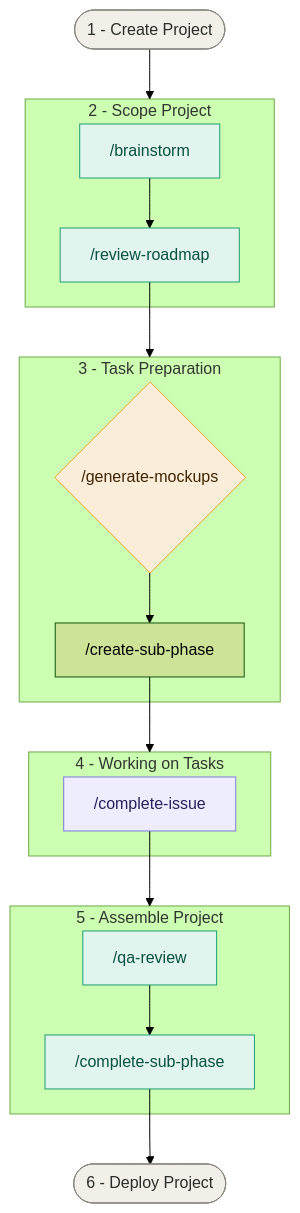
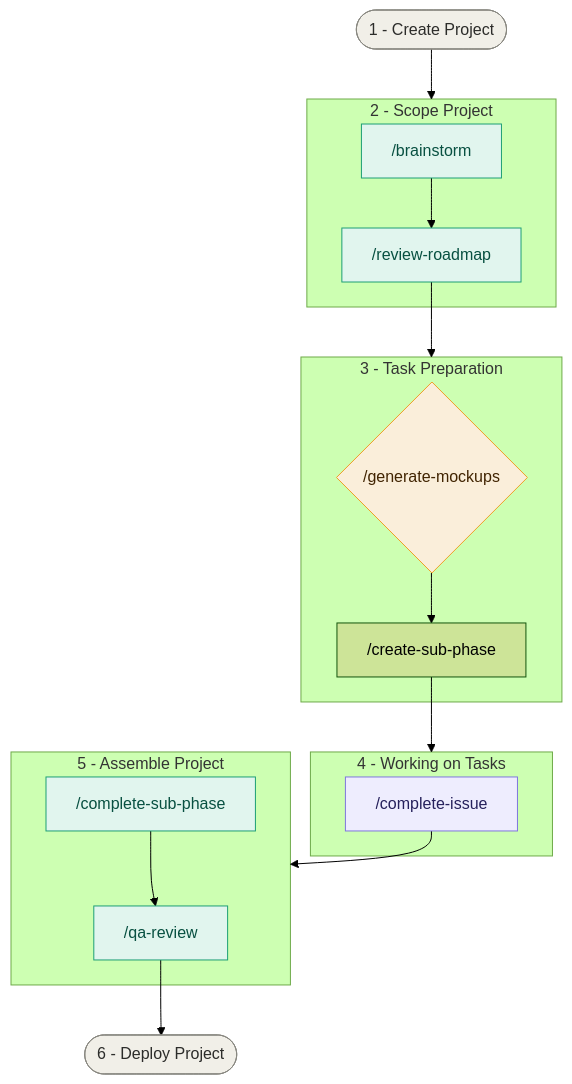
Before and after one commit to kheise-91/lottery-codex: the diagram in docs/guides/development-workflow.md, drawn with Mermaid (forest theme). The commit also changed other lines of this file and 15 other files, not shown here.

````diff
--- a/docs/guides/development-workflow.md
+++ b/docs/guides/development-workflow.md
@@ -64,43 +65,43 @@
 ```mermaid
 flowchart TD
     Start([1 - Create Project])
     End([6 - Deploy Project])
 
     subgraph SCOPE_PROJECT["2 - Scope Project"]
         S1["/brainstorm"]
         S2["/review-roadmap"]
     end
 
     subgraph SCOPE_TASKS["3 - Task Preparation"]
         C1{"/generate-mockups"}
         TC1["/create-sub-phase"]
     end
 
     subgraph DEVELOPMENT["4 - Working on Tasks"]
         D1["/complete-issue"]
     end
 
     subgraph ASSEMBLE["5 - Assemble Project"]
         QA["/qa-review"]
         CS["/complete-sub-phase"]
     end
 
     Start --> SCOPE_PROJECT
     S1 --> S2
     S2 --> SCOPE_TASKS
     C1 --> TC1
     TC1 --> DEVELOPMENT
     D1 --> ASSEMBLE
-    QA --> CS
-    CS --> End
+    CS --> QA
+    QA --> End
 
     classDef sequential fill:#E1F5EE,stroke:#1D9E75,color:#085041
     classDef choice fill:#EEEDFE,stroke:#7F77DD,color:#26215C
     classDef decision fill:#FAEEDA,stroke:#EF9F27,color:#412402
     classDef terminal fill:#F1EFE8,stroke:#888780,color:#2C2C2A
 
     class S1,S2,QA,CS sequential
     class D1 choice
     class C1 decision
     class Start,End terminal
 ```
````
